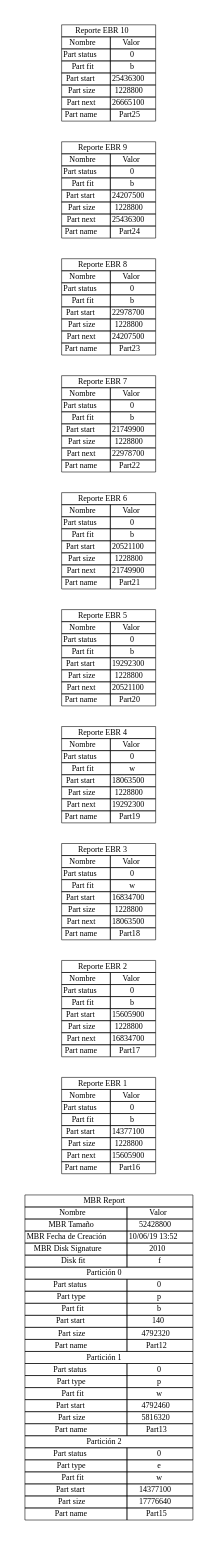
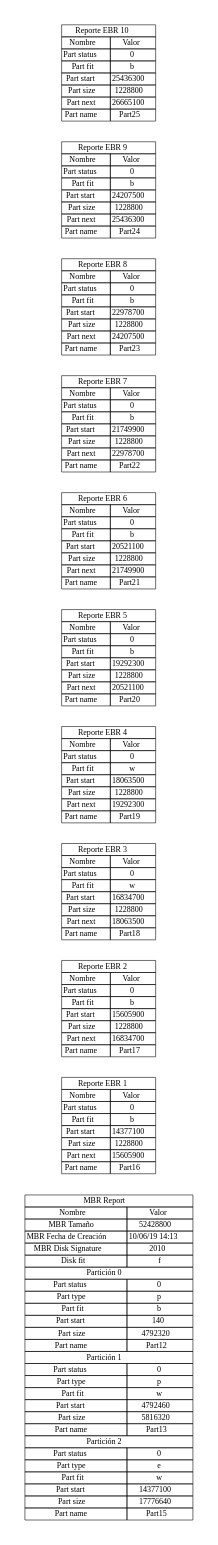
Before and after one commit to MacoChave/DiskParted: the diagram in mbr_report.dot, drawn with Graphviz. The commit also changed 3 other files, not shown here.

```diff
--- a/mbr_report.dot
+++ b/mbr_report.dot
@@ -17,7 +17,7 @@
 			</tr>
 			<tr>
 				<td>MBR Fecha de Creación</td>
-				<td>10/06/19 13:52</td>
+				<td>10/06/19 14:13</td>
 			</tr>
 			<tr>
 				<td>MBR Disk Signature</td>
```
